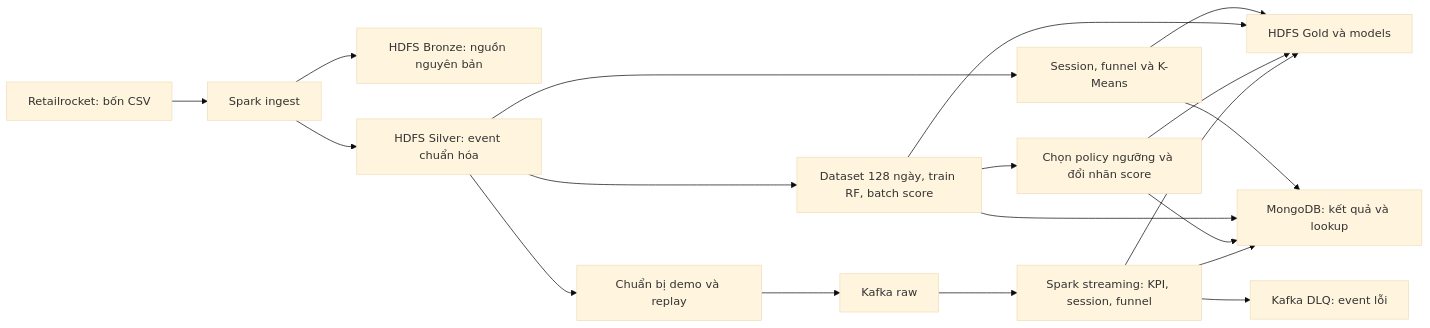
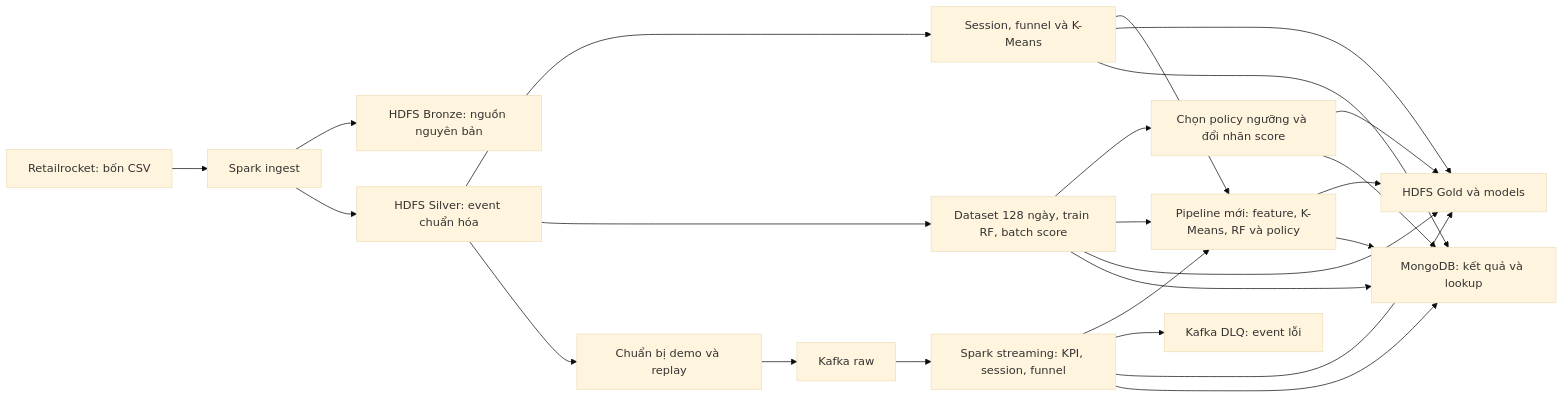
Before and after one commit to quangnhathung/E-commerce-User-Behavior-Analytics-Platform: the diagram in docs/GETTING_STARTED.md, drawn with Mermaid (base theme). The commit also changed other lines of this file and 6 other files, not shown here.

````diff
--- a/docs/GETTING_STARTED.md
+++ b/docs/GETTING_STARTED.md
@@ -33,21 +34,26 @@
 ```mermaid
 flowchart LR
     CSV["Retailrocket: bốn CSV"] --> INGEST["Spark ingest"]
     INGEST --> BRONZE["HDFS Bronze: nguồn nguyên bản"]
     INGEST --> SILVER["HDFS Silver: event chuẩn hóa"]
     SILVER --> HISTORY["Session, funnel và K-Means"]
     SILVER --> RF["Dataset 128 ngày, train RF, batch score"]
     RF --> POLICY["Chọn policy ngưỡng và đổi nhãn score"]
     SILVER --> REPLAY["Chuẩn bị demo và replay"]
     REPLAY --> KAFKA["Kafka raw"]
     KAFKA --> STREAM["Spark streaming: KPI, session, funnel"]
+    STREAM --> LIVE["Pipeline mới: feature, K-Means, RF và policy"]
+    RF --> LIVE
+    HISTORY --> LIVE
     STREAM --> DLQ["Kafka DLQ: event lỗi"]
     HISTORY --> GOLD["HDFS Gold và models"]
     RF --> GOLD
     POLICY --> GOLD
     STREAM --> GOLD
+    LIVE --> GOLD
     HISTORY --> MONGO["MongoDB: kết quả và lookup"]
     RF --> MONGO
     POLICY --> MONGO
     STREAM --> MONGO
+    LIVE --> MONGO
 ```
````
